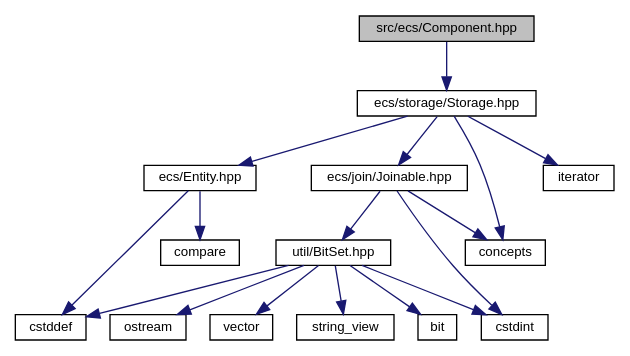
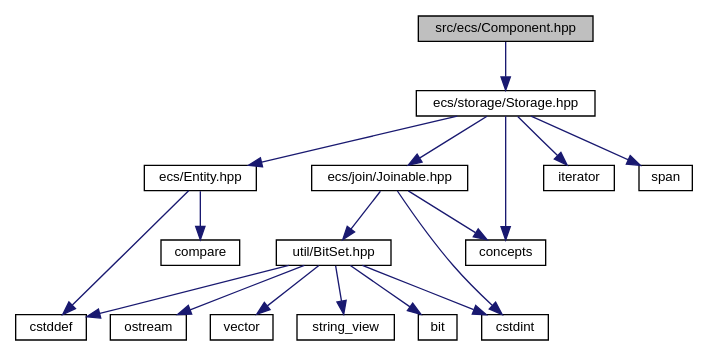
The diagram in _component_8hpp__incl.dot (MisterPeModder/Bomberman-Global-Offensive), drawn with Graphviz before and after one commit. The commit also changed 321 other files, not shown here.

Commit message:
Deploying to gh-pages from @ MisterPeModder/Bomberman-Global-Offensive@d3185e0575ebf8fe3eca5b02d07a9483788439b3 🚀

```diff
--- a/_component_8hpp__incl.dot
+++ b/_component_8hpp__incl.dot
@@ -1,36 +1,38 @@
 digraph "src/ecs/Component.hpp"
 {
  // LATEX_PDF_SIZE
   edge [fontname="Helvetica",fontsize="10",labelfontname="Helvetica",labelfontsize="10"];
   node [fontname="Helvetica",fontsize="10",shape=record];
   Node1 [label="src/ecs/Component.hpp",height=0.2,width=0.4,color="black", fillcolor="grey75", style="filled", fontcolor="black",tooltip=" "];
   Node1 -> Node2 [color="midnightblue",fontsize="10",style="solid",fontname="Helvetica"];
   Node2 [label="ecs/storage/Storage.hpp",height=0.2,width=0.4,color="black", fillcolor="white", style="filled",URL="$storage_2_storage_8hpp.html",tooltip=" "];
   Node2 -> Node3 [color="midnightblue",fontsize="10",style="solid",fontname="Helvetica"];
   Node3 [label="ecs/Entity.hpp",height=0.2,width=0.4,color="black", fillcolor="white", style="filled",URL="$_entity_8hpp.html",tooltip=" "];
   Node3 -> Node4 [color="midnightblue",fontsize="10",style="solid",fontname="Helvetica"];
   Node4 [label="compare",height=0.2,width=0.4,color="black", fillcolor="white", style="filled",URL="/home/runner/work/Bomberman-Global-Offensive/Bomberman-Global-Offensive/doc/external/cppreference-doxygen-web.tag.xml$cpp/header/compare.html",tooltip=" "];
   Node3 -> Node5 [color="midnightblue",fontsize="10",style="solid",fontname="Helvetica"];
   Node5 [label="cstddef",height=0.2,width=0.4,color="black", fillcolor="white", style="filled",URL="/home/runner/work/Bomberman-Global-Offensive/Bomberman-Global-Offensive/doc/external/cppreference-doxygen-web.tag.xml$cpp/header/cstddef.html",tooltip=" "];
   Node2 -> Node6 [color="midnightblue",fontsize="10",style="solid",fontname="Helvetica"];
   Node6 [label="ecs/join/Joinable.hpp",height=0.2,width=0.4,color="black", fillcolor="white", style="filled",URL="$_joinable_8hpp.html",tooltip=" "];
   Node6 -> Node7 [color="midnightblue",fontsize="10",style="solid",fontname="Helvetica"];
   Node7 [label="util/BitSet.hpp",height=0.2,width=0.4,color="black", fillcolor="white", style="filled",URL="$_bit_set_8hpp.html",tooltip=" "];
   Node7 -> Node8 [color="midnightblue",fontsize="10",style="solid",fontname="Helvetica"];
   Node8 [label="bit",height=0.2,width=0.4,color="black", fillcolor="white", style="filled",URL="/home/runner/work/Bomberman-Global-Offensive/Bomberman-Global-Offensive/doc/external/cppreference-doxygen-web.tag.xml$cpp/header/bit.html",tooltip=" "];
   Node7 -> Node5 [color="midnightblue",fontsize="10",style="solid",fontname="Helvetica"];
   Node7 -> Node9 [color="midnightblue",fontsize="10",style="solid",fontname="Helvetica"];
   Node9 [label="cstdint",height=0.2,width=0.4,color="black", fillcolor="white", style="filled",URL="/home/runner/work/Bomberman-Global-Offensive/Bomberman-Global-Offensive/doc/external/cppreference-doxygen-web.tag.xml$cpp/header/cstdint.html",tooltip=" "];
   Node7 -> Node10 [color="midnightblue",fontsize="10",style="solid",fontname="Helvetica"];
   Node10 [label="ostream",height=0.2,width=0.4,color="black", fillcolor="white", style="filled",URL="/home/runner/work/Bomberman-Global-Offensive/Bomberman-Global-Offensive/doc/external/cppreference-doxygen-web.tag.xml$cpp/header/ostream.html",tooltip=" "];
   Node7 -> Node11 [color="midnightblue",fontsize="10",style="solid",fontname="Helvetica"];
   Node11 [label="vector",height=0.2,width=0.4,color="black", fillcolor="white", style="filled",URL="/home/runner/work/Bomberman-Global-Offensive/Bomberman-Global-Offensive/doc/external/cppreference-doxygen-web.tag.xml$cpp/header/vector.html",tooltip=" "];
   Node7 -> Node12 [color="midnightblue",fontsize="10",style="solid",fontname="Helvetica"];
   Node12 [label="string_view",height=0.2,width=0.4,color="black", fillcolor="white", style="filled",URL="/home/runner/work/Bomberman-Global-Offensive/Bomberman-Global-Offensive/doc/external/cppreference-doxygen-web.tag.xml$cpp/header/string_view.html",tooltip=" "];
   Node6 -> Node13 [color="midnightblue",fontsize="10",style="solid",fontname="Helvetica"];
   Node13 [label="concepts",height=0.2,width=0.4,color="black", fillcolor="white", style="filled",URL="/home/runner/work/Bomberman-Global-Offensive/Bomberman-Global-Offensive/doc/external/cppreference-doxygen-web.tag.xml$cpp/header/concepts.html",tooltip=" "];
   Node6 -> Node9 [color="midnightblue",fontsize="10",style="solid",fontname="Helvetica"];
   Node2 -> Node13 [color="midnightblue",fontsize="10",style="solid",fontname="Helvetica"];
   Node2 -> Node14 [color="midnightblue",fontsize="10",style="solid",fontname="Helvetica"];
   Node14 [label="iterator",height=0.2,width=0.4,color="black", fillcolor="white", style="filled",URL="/home/runner/work/Bomberman-Global-Offensive/Bomberman-Global-Offensive/doc/external/cppreference-doxygen-web.tag.xml$cpp/header/iterator.html",tooltip=" "];
+  Node2 -> Node15 [color="midnightblue",fontsize="10",style="solid",fontname="Helvetica"];
+  Node15 [label="span",height=0.2,width=0.4,color="black", fillcolor="white", style="filled",URL="/home/runner/work/Bomberman-Global-Offensive/Bomberman-Global-Offensive/doc/external/cppreference-doxygen-web.tag.xml$cpp/header/span.html",tooltip=" "];
 }
```
